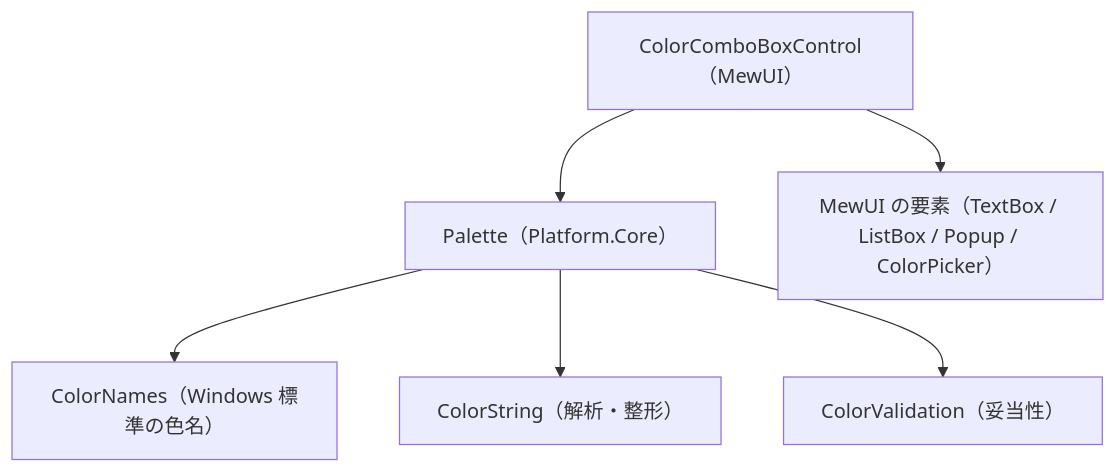
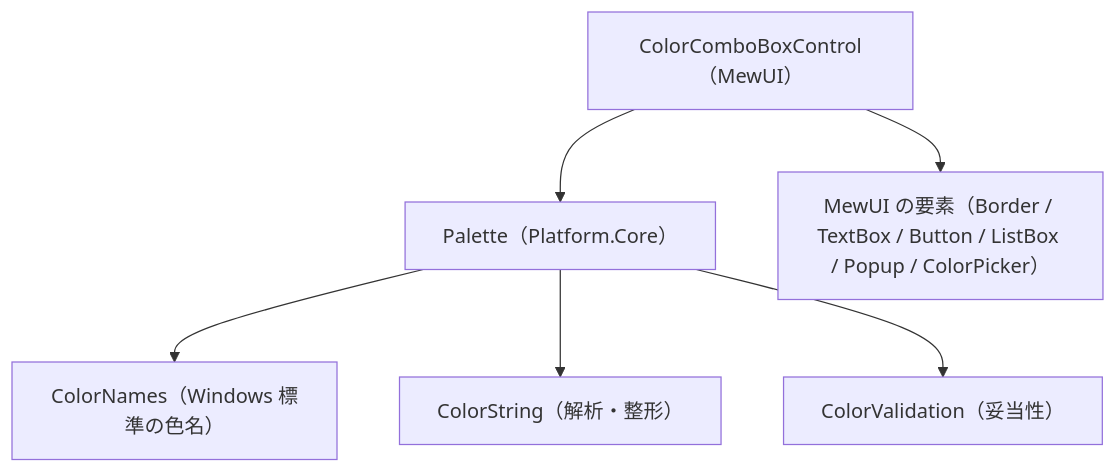
One commit to tomokuni/EsUtil changed the diagram in EsUtil.Ui.MewUI/ColorComboBox/docs/SPEC_System.md. Above: the diagram before and after it, drawn with Mermaid. The commit also changed other lines of this file and 5 other files, not shown here.

````diff
--- a/EsUtil.Ui.MewUI/ColorComboBox/docs/SPEC_System.md
+++ b/EsUtil.Ui.MewUI/ColorComboBox/docs/SPEC_System.md
@@ -29,8 +29,8 @@
 ```mermaid
 graph TD
   UI["ColorComboBoxControl（MewUI）"] --> Core["Palette（Platform.Core）"]
-  UI --> Mew["MewUI の要素（TextBox / ListBox / Popup / ColorPicker）"]
+  UI --> Mew["MewUI の要素（Border / TextBox / Button / ListBox / Popup / ColorPicker）"]
   Core --> Names["ColorNames（Windows 標準の色名）"]
   Core --> Str["ColorString（解析・整形）"]
   Core --> Val["ColorValidation（妥当性）"]
 ```
````
